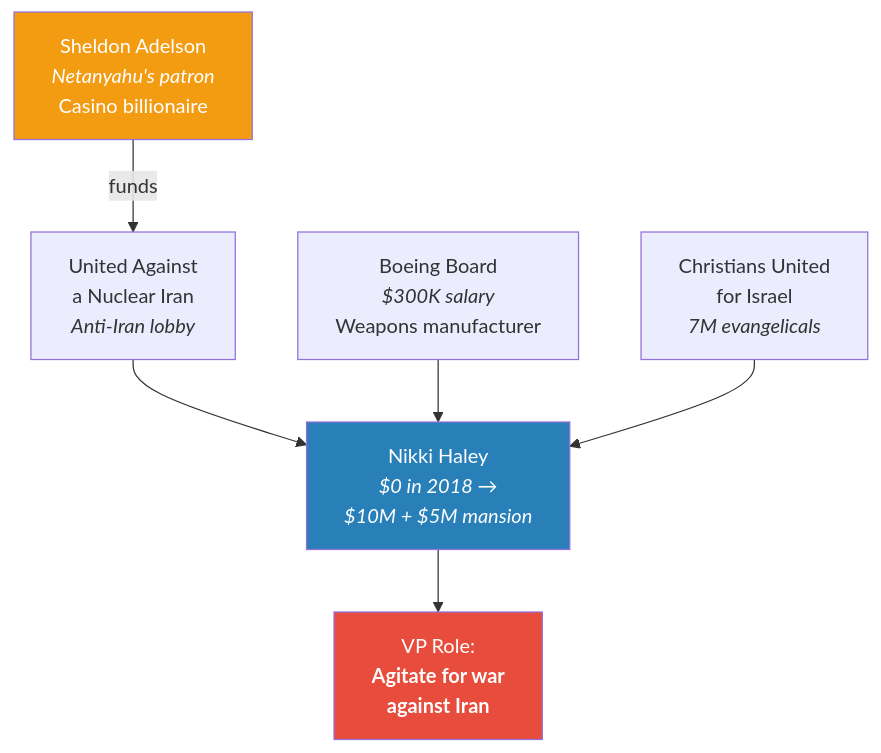
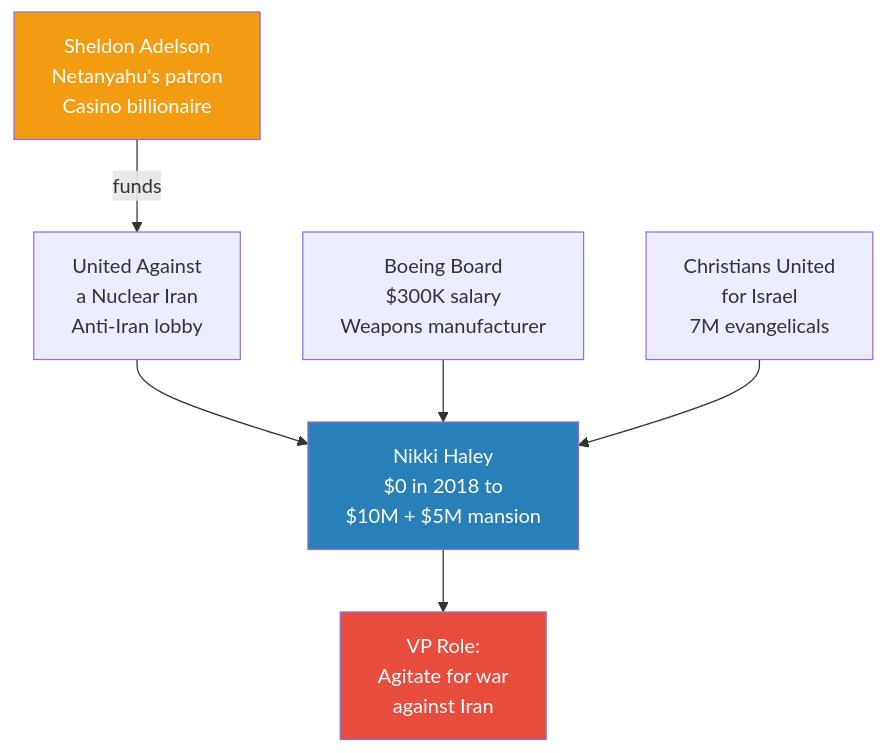
One commit to alius33/reader changed the seventh of 9 diagrams in summaries/Lectures/Geo-Strategy/05 - Why Trump Will Win.md. Above: the diagram before and after it, drawn with Mermaid. The commit also changed other lines of this file and 26 other files, not shown here.

````diff
--- a/summaries/Lectures/Geo-Strategy/05 - Why Trump Will Win.md
+++ b/summaries/Lectures/Geo-Strategy/05 - Why Trump Will Win.md
@@ -545,16 +408,16 @@
 ```mermaid
 flowchart TB
-    H["Nikki Haley<br/><i>$0 in 2018 →<br/>$10M + $5M mansion</i>"]
-    U["United Against<br/>a Nuclear Iran<br/><i>Anti-Iran lobby</i>"]
-    B["Boeing Board<br/><i>$300K salary</i><br/>Weapons manufacturer"]
-    C["Christians United<br/>for Israel<br/><i>7M evangelicals</i>"]
-    A["Sheldon Adelson<br/><i>Netanyahu's patron</i><br/>Casino billionaire"]
+    H["Nikki Haley<br/>$0 in 2018 to<br/>$10M + $5M mansion"]
+    U["United Against<br/>a Nuclear Iran<br/>Anti-Iran lobby"]
+    B["Boeing Board<br/>$300K salary<br/>Weapons manufacturer"]
+    C["Christians United<br/>for Israel<br/>7M evangelicals"]
+    A["Sheldon Adelson<br/>Netanyahu's patron<br/>Casino billionaire"]
     U --> H
     B --> H
     C --> H
     A -->|"funds"| U
-    H --> VP["VP Role:<br/><b>Agitate for war<br/>against Iran</b>"]
+    H --> VP["VP Role:<br/>Agitate for war<br/>against Iran"]
     style H fill:#2980b9,color:#fff
     style VP fill:#e74c3c,color:#fff
     style A fill:#f39c12,color:#fff
 ```
````
